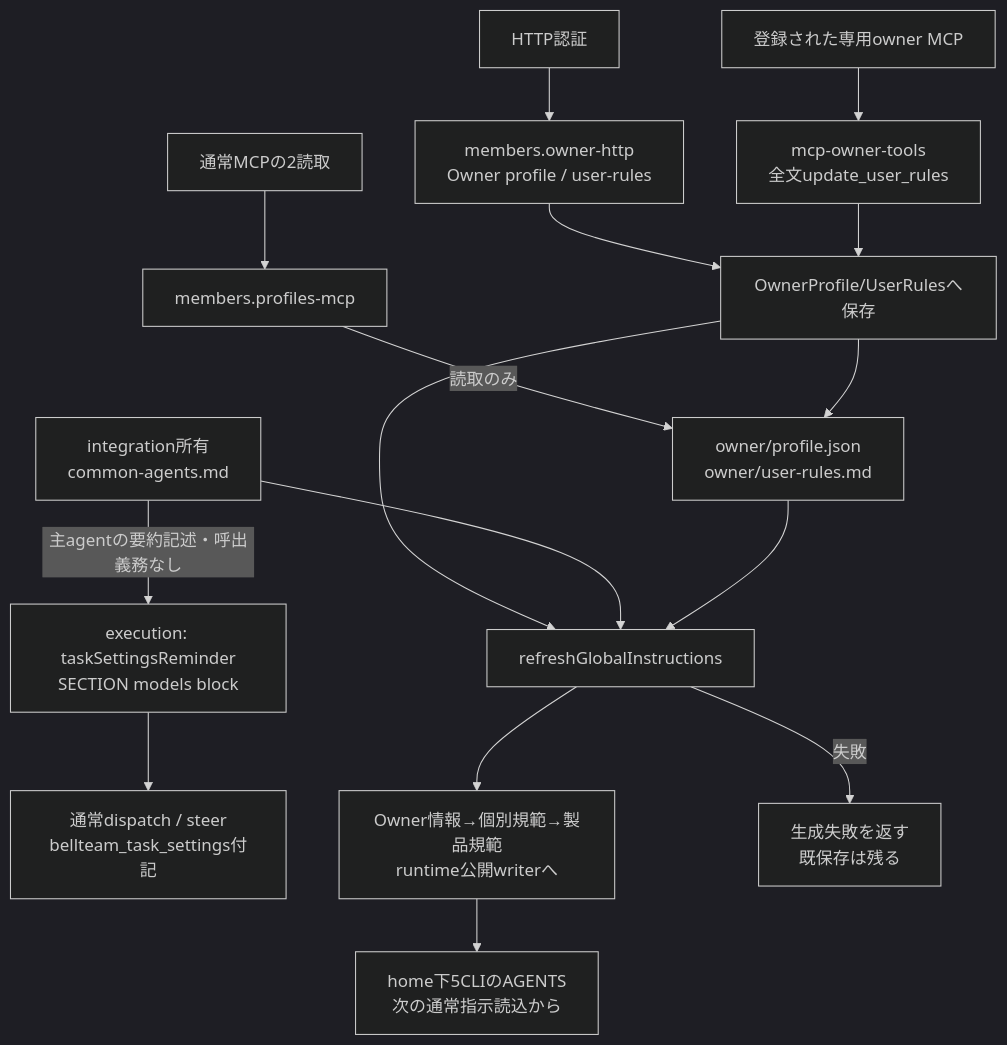
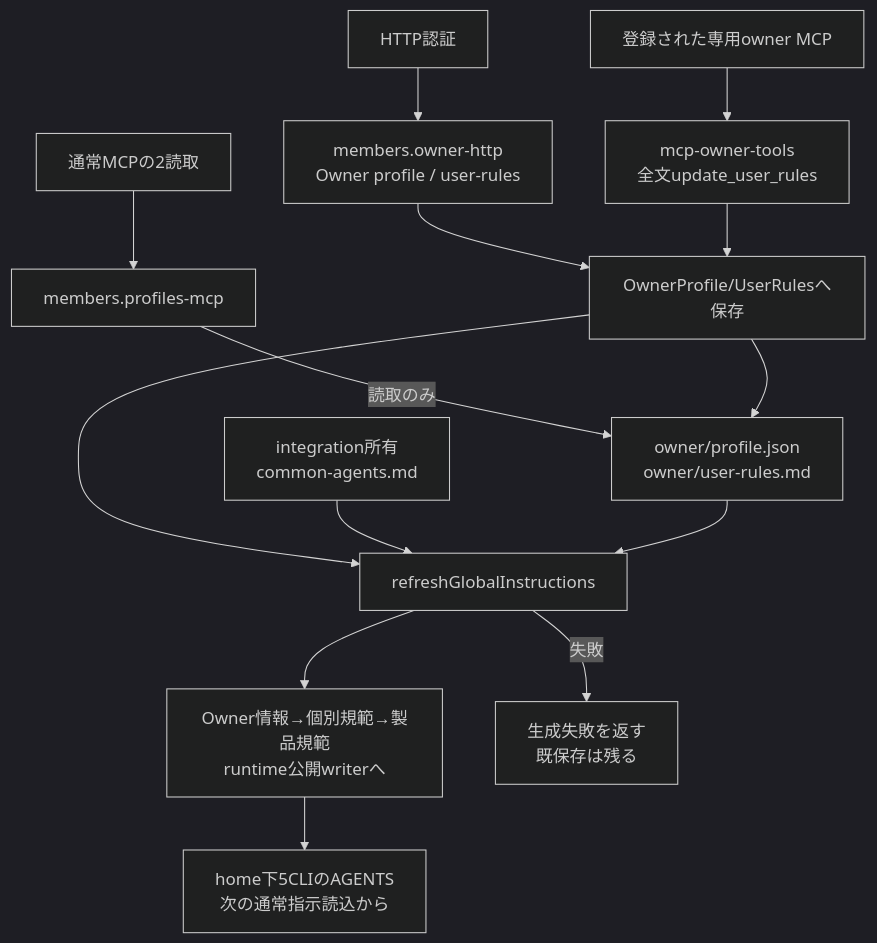
Before and after one commit to kitepon/BellTeam: the first of 2 diagrams in docs/architecture/modules/members/instructions.md, drawn with Mermaid (dark theme). The commit also changed other lines of this file and 10 other files, not shown here.

````diff
--- a/docs/architecture/modules/members/instructions.md
+++ b/docs/architecture/modules/members/instructions.md
@@ -5,18 +5,16 @@
 ```mermaid
 flowchart TD
   Http["HTTP認証"] --> Owner["members.owner-http<br/>Owner profile / user-rules"]
   Read["通常MCPの2読取"] --> Member["members.profiles-mcp"]
   Dedicated["登録された専用owner MCP"] --> Rules["mcp-owner-tools<br/>全文update_user_rules"]
   Owner --> Save["OwnerProfile/UserRulesへ保存"]
   Rules --> Save
   Member -->|"読取のみ"| Data["owner/profile.json<br/>owner/user-rules.md"]
   Save --> Data
   Save --> Refresh["refreshGlobalInstructions"]
   Common["integration所有<br/>common-agents.md"] --> Refresh
-  Common -->|"主agentの要約記述・呼出義務なし"| Reminder["execution: taskSettingsReminder<br/>SECTION models block"]
-  Reminder --> Dispatch["通常dispatch / steer<br/>bellteam_task_settings付記"]
   Data --> Refresh
   Refresh --> Write["Owner情報→個別規範→製品規範<br/>runtime公開writerへ"]
   Write --> Globals["home下5CLIのAGENTS<br/>次の通常指示読込から"]
   Refresh -->|"失敗"| Failure["生成失敗を返す<br/>既保存は残る"]
 ```
````
